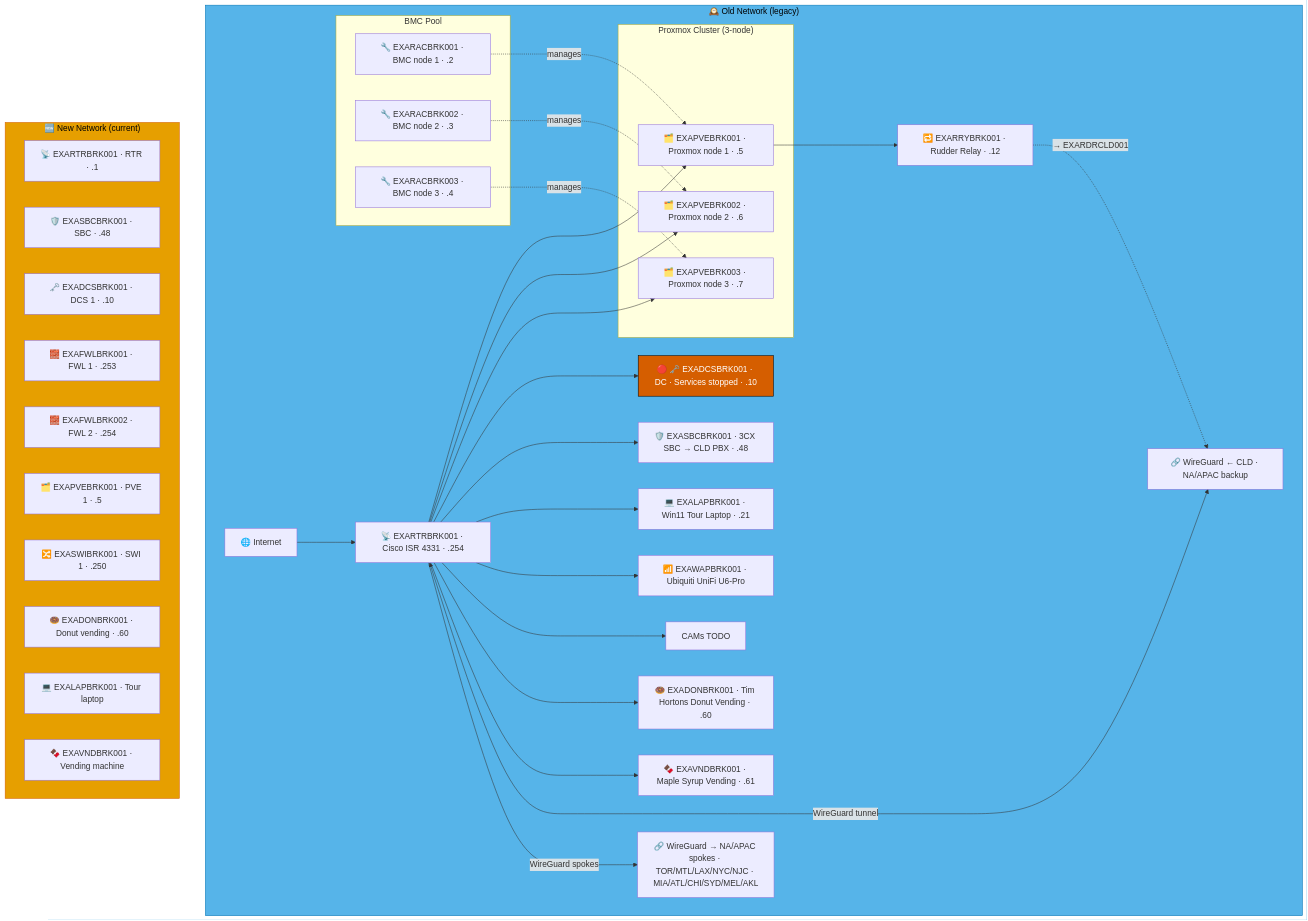
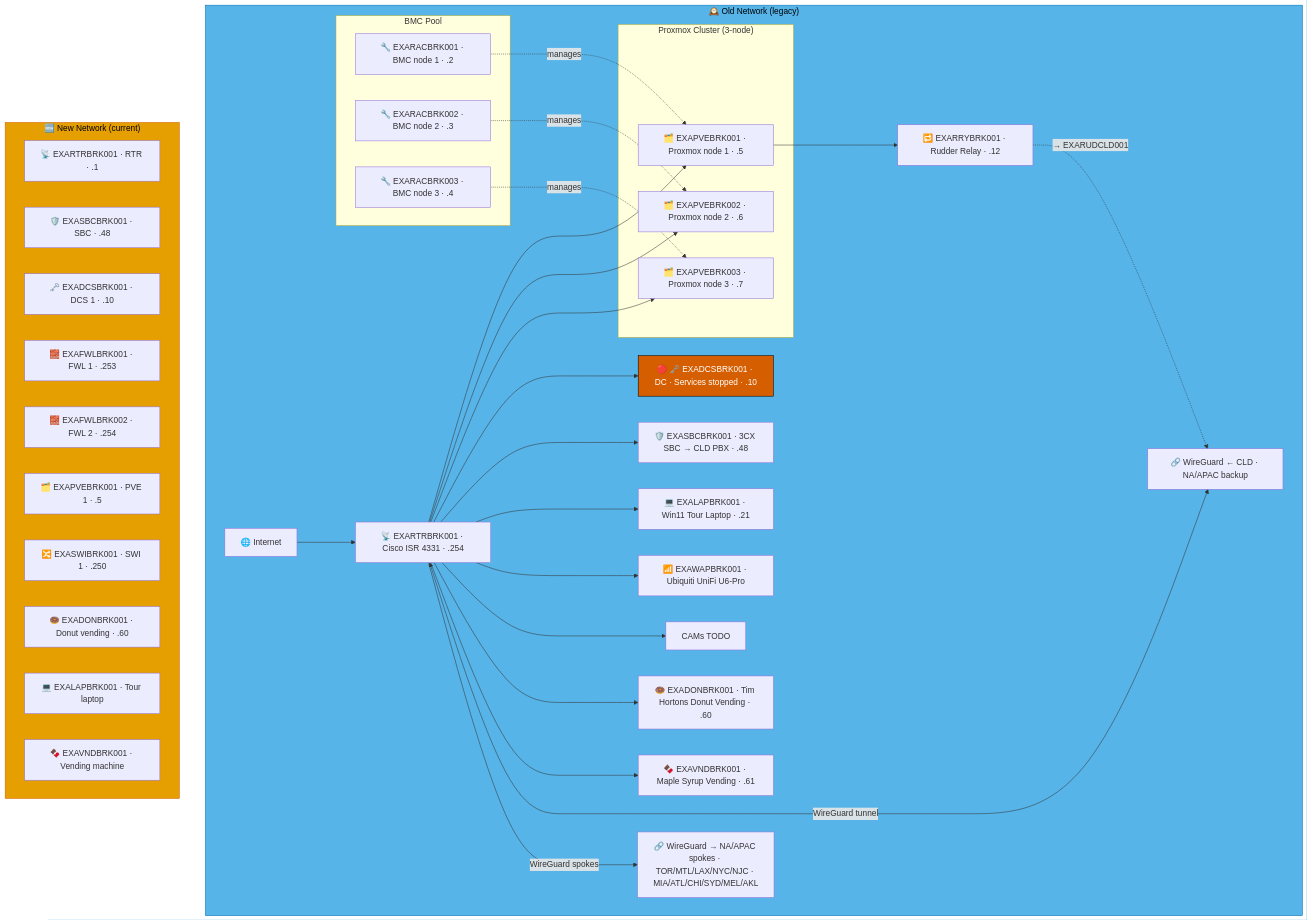
The first of 3 diagrams in docs/network-diagram/canada.md (knightmare2600/example_music_infra), drawn with Mermaid before and after one commit. The commit also changed other lines of this file and 136 other files, not shown here.

````diff
--- a/docs/network-diagram/canada.md
+++ b/docs/network-diagram/canada.md
@@ -17,61 +17,61 @@
 ```mermaid
 graph TD
     subgraph OLD_BRK ["🕰️ Old Network (legacy)"]
       INET["🌐 Internet"]
       RTR["📡 EXARTRBRK001 · Cisco ISR 4331 · .254"]
 
       subgraph BMC ["BMC Pool"]
           RAC1["🔧 EXARACBRK001 · BMC node 1 · .2"]
           RAC2["🔧 EXARACBRK002 · BMC node 2 · .3"]
           RAC3["🔧 EXARACBRK003 · BMC node 3 · .4"]
       end
 
       subgraph PVE ["Proxmox Cluster (3-node)"]
           PVE1["🗂️ EXAPVEBRK001 · Proxmox node 1 · .5"]
           PVE2["🗂️ EXAPVEBRK002 · Proxmox node 2 · .6"]
           PVE3["🗂️ EXAPVEBRK003 · Proxmox node 3 · .7"]
       end
 
       DC["🔴 🗝️ EXADCSBRK001 · DC · Services stopped · .10"]
       SBC["🛡️ EXASBCBRK001 · 3CX SBC → CLD PBX · .48"]
       RRY["🔁 EXARRYBRK001 · Rudder Relay · .12"]
       LAP["💻 EXALAPBRK001 · Win11 Tour Laptop · .21"]
       WAP["📶 EXAWAPBRK001 · Ubiquiti UniFi U6-Pro"]
       CAM["CAMs TODO"]
       VND1["🍩 EXADONBRK001 · Tim Hortons Donut Vending · .60"]
       VND2["🍫 EXAVNDBRK001 · Maple Syrup Vending · .61"]
       VPN_CLD["🔗 WireGuard ← CLD · NA/APAC backup"]
       VPN_NA["🔗 WireGuard → NA/APAC spokes · TOR/MTL/LAX/NYC/NJC · MIA/ATL/CHI/SYD/MEL/AKL"]
 
       INET --> RTR
       RTR --> PVE1 & PVE2 & PVE3
       RTR --> DC & SBC
       RAC1 -.->|"manages"| PVE1
       RAC2 -.->|"manages"| PVE2
       RAC3 -.->|"manages"| PVE3
       RTR --> LAP & WAP & CAM & VND1 & VND2
       RTR <-->|"WireGuard tunnel"| VPN_CLD
       RTR -->|"WireGuard spokes"| VPN_NA
 
       PVE1 --> RRY
-      RRY -. "→ EXARDRCLD001" .-> VPN_CLD
+      RRY -. "→ EXARUDCLD001" .-> VPN_CLD
     end
     style OLD_BRK fill:#56B4E9,stroke:#0072B2,color:#000000
     %% GENERATED:NEW-NETWORK:BRK:START
     subgraph NEW_BRK ["🆕 New Network (current)"]
       N_RTR["📡 EXARTRBRK001 · RTR · .1"]
       N_SBC["🛡️ EXASBCBRK001 · SBC · .48"]
       N_DCS["🗝️ EXADCSBRK001 · DCS 1 · .10"]
       N_FWL["🧱 EXAFWLBRK001 · FWL 1 · .253"]
       N_FWL2["🧱 EXAFWLBRK002 · FWL 2 · .254"]
       N_PVE["🗂️ EXAPVEBRK001 · PVE 1 · .5"]
       N_SWI["🔀 EXASWIBRK001 · SWI 1 · .250"]
       N_DON["🍩 EXADONBRK001 · Donut vending · .60"]
       N_LAP["💻 EXALAPBRK001 · Tour laptop"]
       N_VND["🍫 EXAVNDBRK001 · Vending machine"]
     end
     style NEW_BRK fill:#E69F00,stroke:#D55E00,color:#000000
     %% GENERATED:NEW-NETWORK:BRK:END
     classDef warn fill:#D55E00,stroke:#000000,color:#ffffff
     class DC warn
 ```
````
